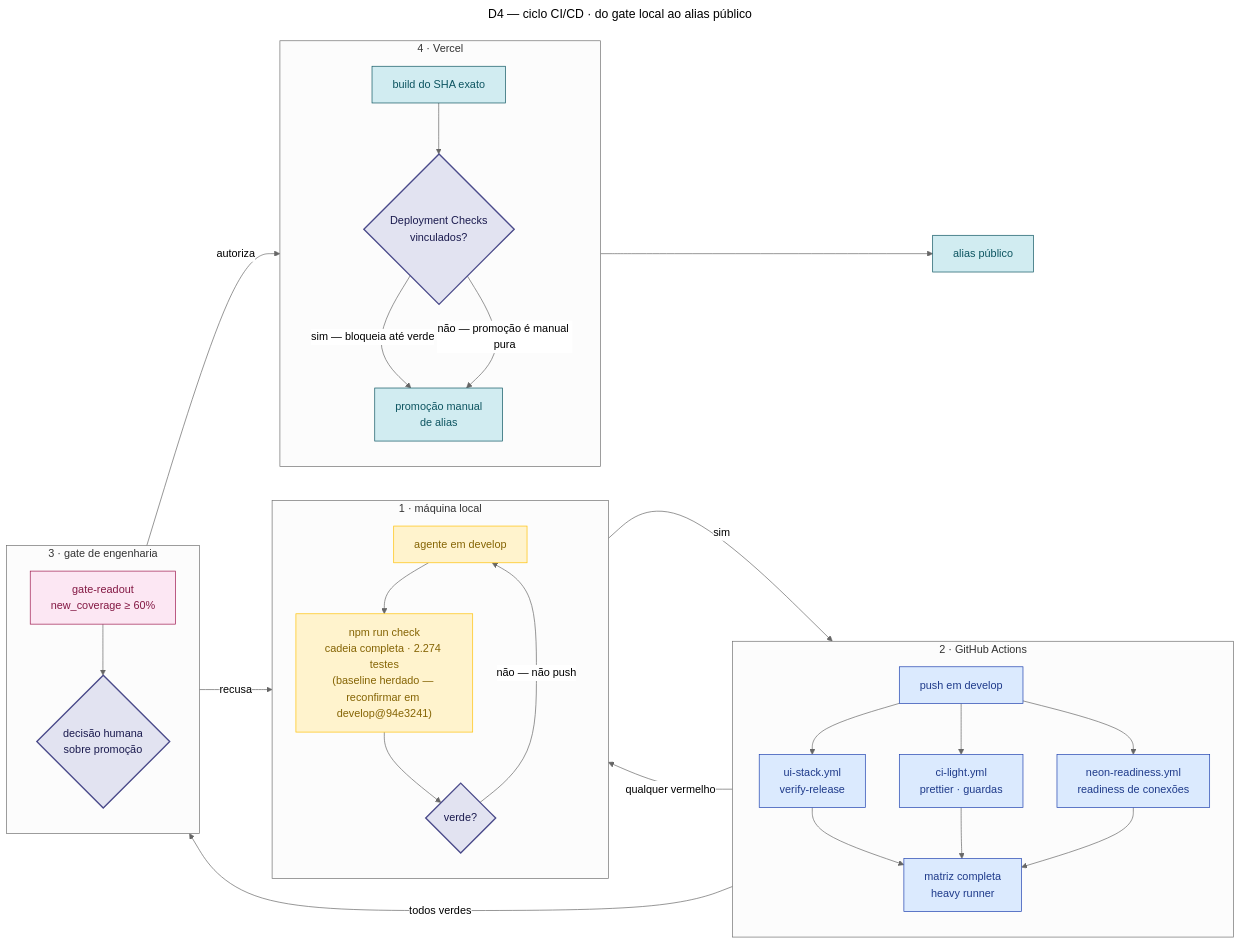
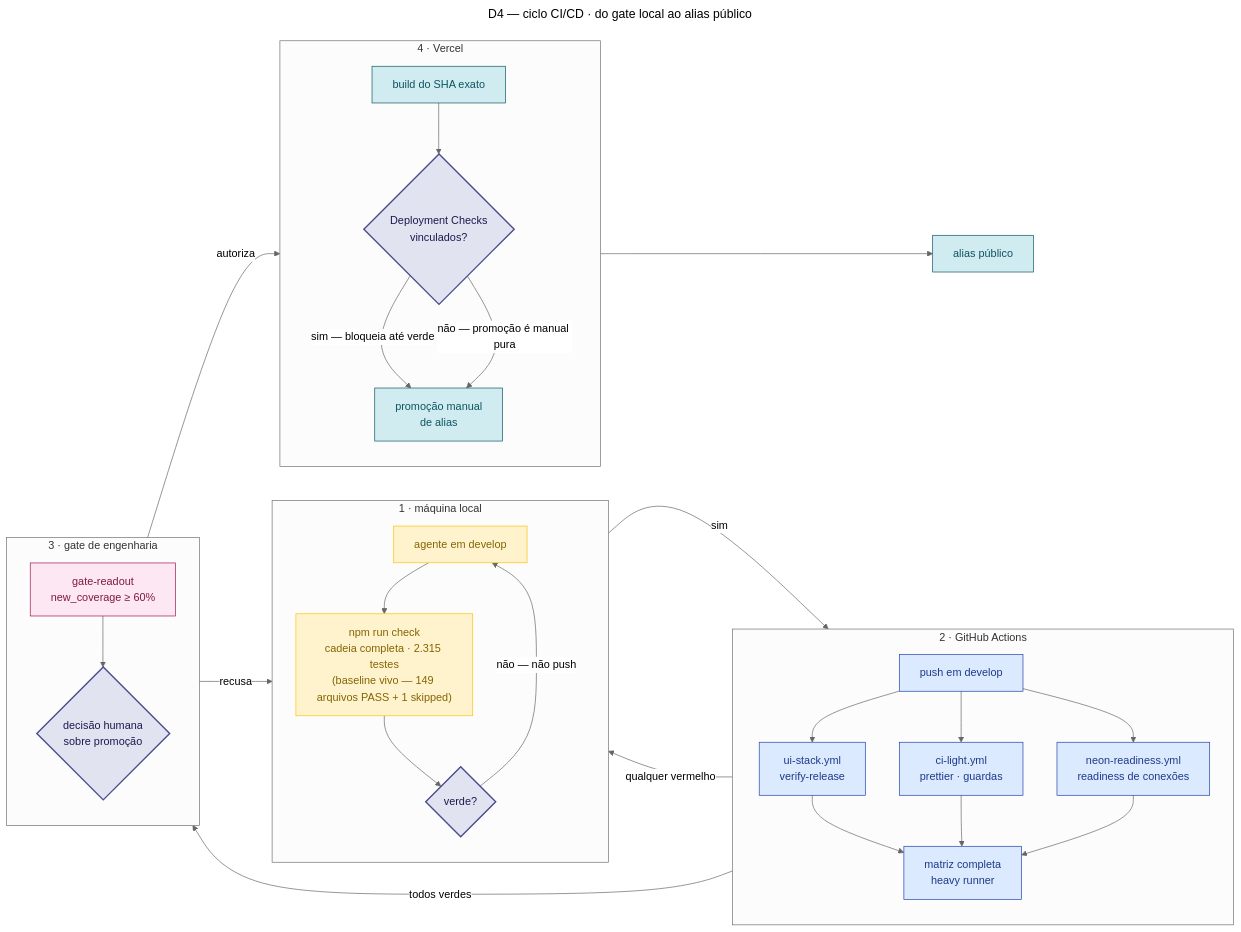
The fourth of 10 diagrams in docs/MAPA-OPERACIONAL.md (Douglas0101/preco-que-da-lucro), drawn with Mermaid (neutral theme) before and after one commit. The commit also changed other lines of this file and 357 other files, not shown here.

````diff
--- a/docs/MAPA-OPERACIONAL.md
+++ b/docs/MAPA-OPERACIONAL.md
@@ -239,71 +244,71 @@
 ```mermaid
 ---
 title: "D4 — ciclo CI/CD · do gate local ao alias público"
 ---
 flowchart LR
     %% A pergunta única do pipeline: "este SHA merece tocar o alias público?"
     %% Nenhuma etapa abaixo é decorativa — cada uma é uma recusa potencial.
 
     subgraph LOCAL["1 · máquina local"]
         direction TB
         DEV["agente em develop"]
-        GATE["npm run check<br/>cadeia completa · 2.274 testes<br/>(baseline herdado — reconfirmar em develop@94e3241)"]
+        GATE["npm run check<br/>cadeia completa · 2.315 testes<br/>(baseline vivo — 149 arquivos PASS + 1 skipped)"]
         GREEN{"verde?"}
     end
 
     subgraph GH["2 · GitHub Actions"]
         direction TB
         PUSH["push em develop"]
         UI["ui-stack.yml<br/>verify-release"]
         LIGHT["ci-light.yml<br/>prettier · guardas"]
         NEON["neon-readiness.yml<br/>readiness de conexões"]
         MATRIZ["matriz completa<br/>heavy runner"]
     end
 
     subgraph CE["3 · gate de engenharia"]
         direction TB
         READOUT["gate-readout<br/>new_coverage ≥ 60%"]
         DECISAO{"decisão humana<br/>sobre promoção"}
     end
 
     subgraph VRC["4 · Vercel"]
         direction TB
         BUILD["build do SHA exato"]
         CHECK{"Deployment Checks<br/>vinculados?"}
         PROMO["promoção manual<br/>de alias"]
     end
 
     ALIAS["alias público"]
 
     DEV --> GATE
     GATE --> GREEN
     GREEN -->|"sim"| PUSH
     GREEN -->|"não — não push"| DEV
     PUSH --> UI
     PUSH --> LIGHT
     PUSH --> NEON
     UI --> MATRIZ
     LIGHT --> MATRIZ
     NEON --> MATRIZ
     MATRIZ -->|"todos verdes"| READOUT
     MATRIZ -->|"qualquer vermelho"| DEV
     READOUT --> DECISAO
     DECISAO -->|"autoriza"| BUILD
     DECISAO -->|"recusa"| DEV
     BUILD --> CHECK
     CHECK -->|"sim — bloqueia até verde"| PROMO
     CHECK -->|"não — promoção é manual pura"| PROMO
     PROMO --> ALIAS
 
     classDef gate fill:#e2e3f1,stroke:#4a4a8a,color:#1a1a4e,stroke-width:2px
     classDef local fill:#fff3cd,stroke:#ffc107,color:#856404
     classDef github fill:#dbeafe,stroke:#1e40af,color:#1e3a8a
     classDef ce fill:#fce7f3,stroke:#9d174d,color:#831843
     classDef vercel fill:#d1ecf1,stroke:#0c5460,color:#0c5460
 
     class GREEN,DECISAO,CHECK gate
     class DEV,GATE local
     class PUSH,UI,LIGHT,NEON,MATRIZ github
     class READOUT ce
     class BUILD,PROMO,ALIAS vercel
 ```
````
